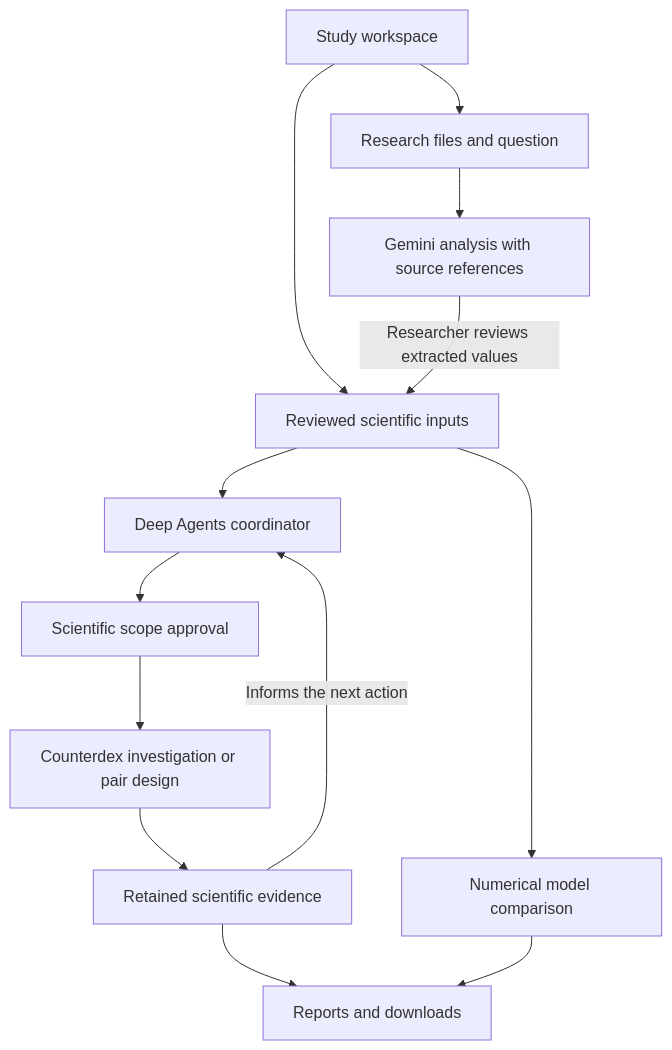
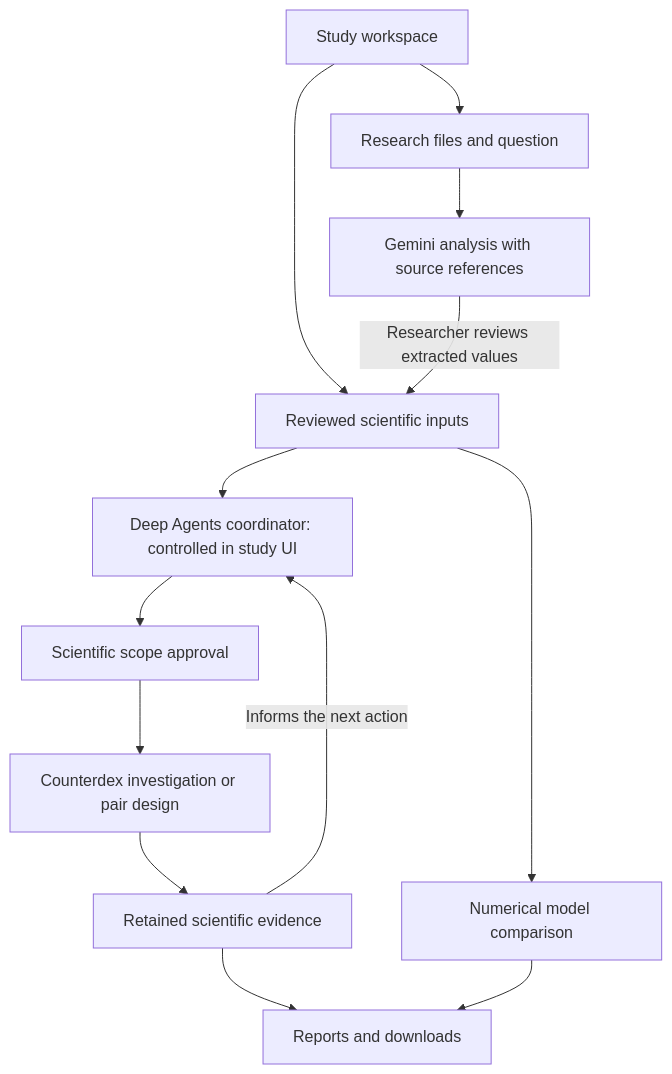
One commit to Arnav-M10/DrBean-hp26 changed the diagram in README.md. Above: the diagram before and after it, drawn with Mermaid. The commit also changed other lines of this file and 6 other files, not shown here.

````diff
--- a/README.md
+++ b/README.md
@@ -108,15 +114,15 @@
 ```mermaid
 flowchart TD
     UI[Study workspace] --> Files[Research files and question]
     Files --> Gemini[Gemini analysis with source references]
     UI --> Review[Reviewed scientific inputs]
     Gemini -->|Researcher reviews extracted values| Review
-    Review --> Agent[Deep Agents coordinator]
+    Review --> Agent[Deep Agents coordinator: controlled in study UI]
     Agent --> Approval[Scientific scope approval]
     Approval --> Exact[Counterdex investigation or pair design]
     Exact --> Evidence[Retained scientific evidence]
     Evidence -->|Informs the next action| Agent
     Review --> Numerical[Numerical model comparison]
     Evidence --> Reports[Reports and downloads]
     Numerical --> Reports
 ```
````
